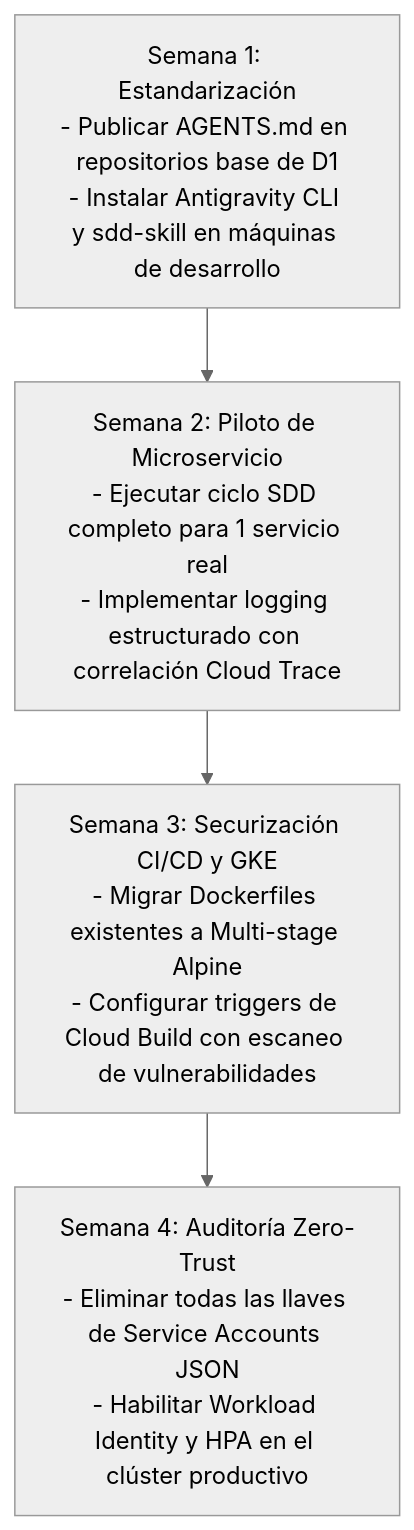
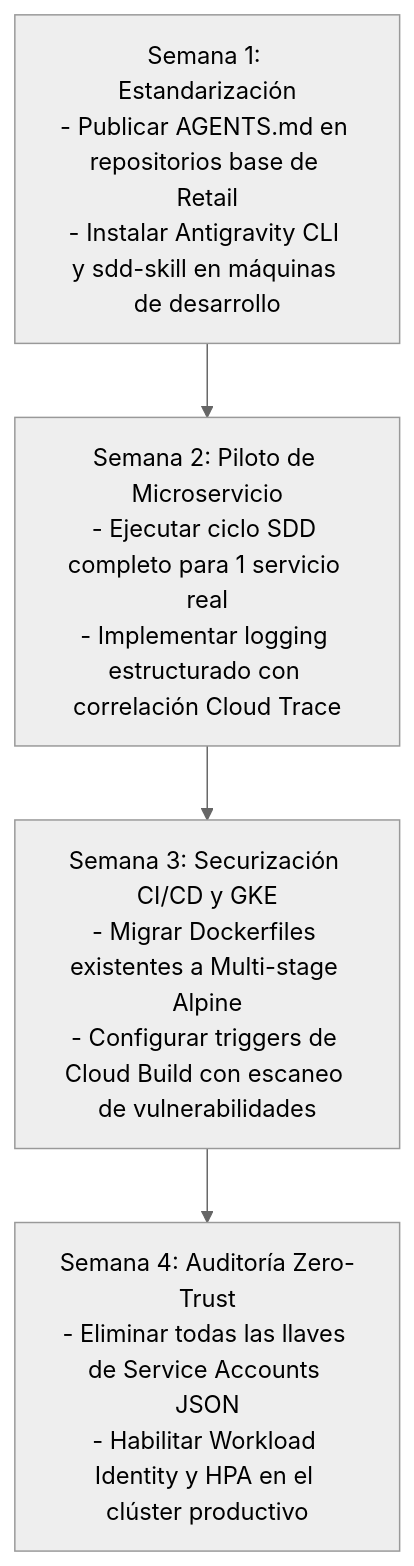
One commit to develasquez/full-stack-engineer changed the diagram in docs/08_ENCUESTA_Y_EVALUACION_ADOPCION.md. Above: the diagram before and after it, drawn with Mermaid (neutral theme). The commit also changed other lines of this file and 57 other files, not shown here.

Commit message:
feat: reestructuracion completa a Retail Enterprise, ciclos SDD concisos y eliminacion de artefactos dinamicos

````diff
--- a/docs/08_ENCUESTA_Y_EVALUACION_ADOPCION.md
+++ b/docs/08_ENCUESTA_Y_EVALUACION_ADOPCION.md
@@ -83,11 +83,11 @@
 ```mermaid
 flowchart TD
-    Semana1["Semana 1: Estandarización\n- Publicar AGENTS.md en repositorios base de D1\n- Instalar Antigravity CLI y sdd-skill en máquinas de desarrollo"]
+    Semana1["Semana 1: Estandarización\n- Publicar AGENTS.md en repositorios base de Retail\n- Instalar Antigravity CLI y sdd-skill en máquinas de desarrollo"]
     Semana2["Semana 2: Piloto de Microservicio\n- Ejecutar ciclo SDD completo para 1 servicio real\n- Implementar logging estructurado con correlación Cloud Trace"]
     Semana3["Semana 3: Securización CI/CD y GKE\n- Migrar Dockerfiles existentes a Multi-stage Alpine\n- Configurar triggers de Cloud Build con escaneo de vulnerabilidades"]
     Semana4["Semana 4: Auditoría Zero-Trust\n- Eliminar todas las llaves de Service Accounts JSON\n- Habilitar Workload Identity y HPA en el clúster productivo"]
 
     Semana1 --> Semana2
     Semana2 --> Semana3
     Semana3 --> Semana4
 ```
````
